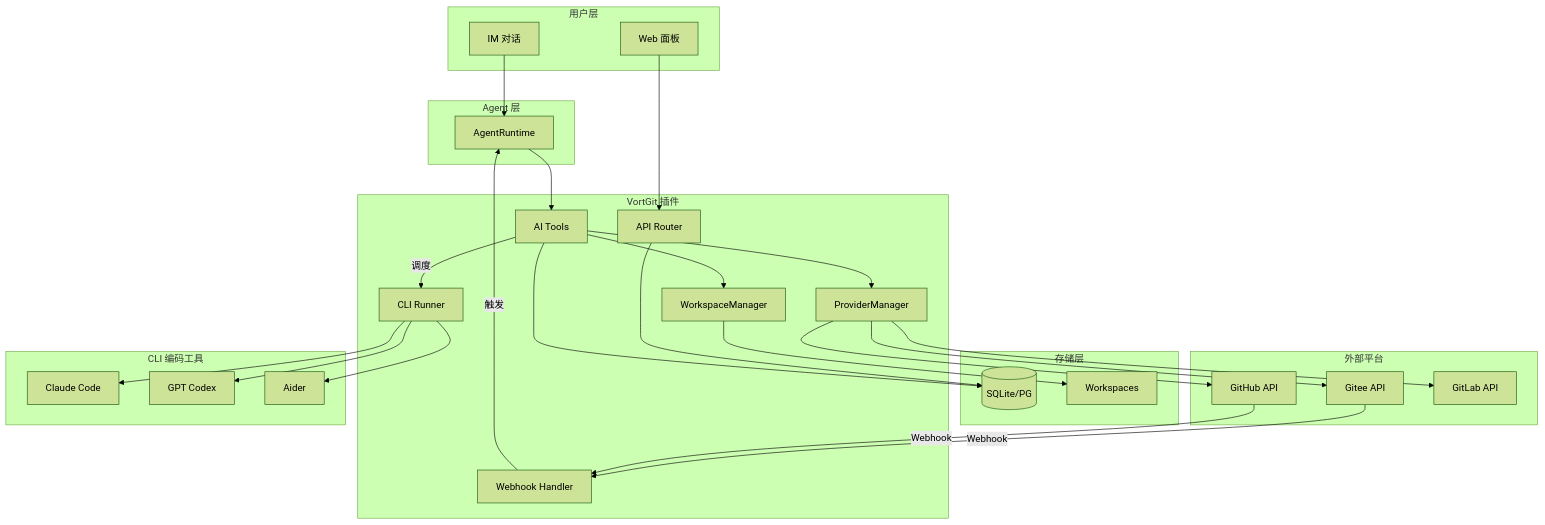
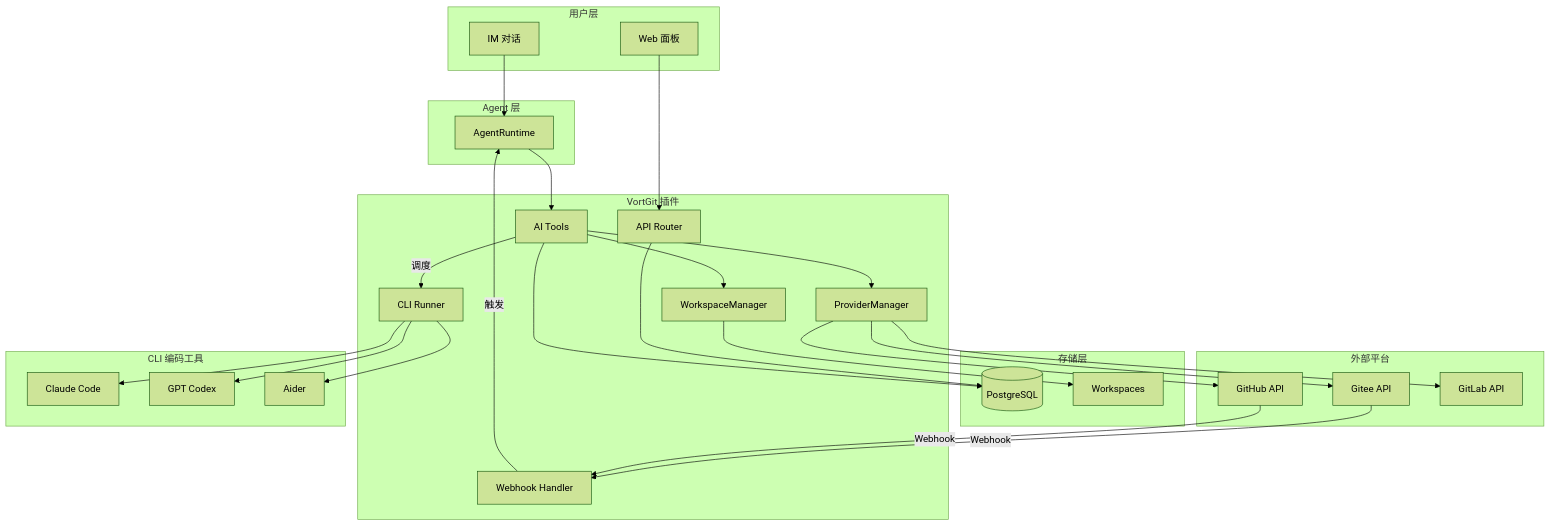
One commit to openvort/openvort changed the diagram in .cursor/plans/vortgit.md. Above: the diagram before and after it, drawn with Mermaid (forest theme). The commit also changed 3 other files, not shown here.

First line of the commit message:
chore(docs): update database references from SQLite to PostgreSQL

````diff
--- a/.cursor/plans/vortgit.md
+++ b/.cursor/plans/vortgit.md
@@ -9,56 +9,56 @@
 ```mermaid
 graph TB
     subgraph userLayer [用户层]
         IM[IM 对话]
         Web[Web 面板]
     end
 
     subgraph agentLayer [Agent 层]
         Agent[AgentRuntime]
     end
 
     subgraph pluginLayer [VortGit 插件]
         Tools[AI Tools]
         Router[API Router]
         WSMgr[WorkspaceManager]
         CLIRunner[CLI Runner]
         ProviderMgr[ProviderManager]
         WHHandler[Webhook Handler]
     end
 
     subgraph storageLayer [存储层]
-        DB[(SQLite/PG)]
+        DB[(PostgreSQL)]
         LocalFS[Workspaces]
     end
 
     subgraph externalLayer [外部平台]
         Gitee[Gitee API]
         GitHub[GitHub API]
         GitLab[GitLab API]
     end
 
     subgraph cliTools [CLI 编码工具]
         ClaudeCode[Claude Code]
         Codex[GPT Codex]
         Aider[Aider]
     end
 
     IM --> Agent
     Web --> Router
     Agent --> Tools
     Tools --> WSMgr
     Tools --> ProviderMgr
     Tools -->|调度| CLIRunner
     CLIRunner --> ClaudeCode
     CLIRunner --> Codex
     CLIRunner --> Aider
     WSMgr --> LocalFS
     ProviderMgr --> Gitee
     ProviderMgr --> GitHub
     ProviderMgr --> GitLab
     Gitee -->|Webhook| WHHandler
     GitHub -->|Webhook| WHHandler
     WHHandler -->|触发| Agent
     Router --> DB
     Tools --> DB
 ```
````
